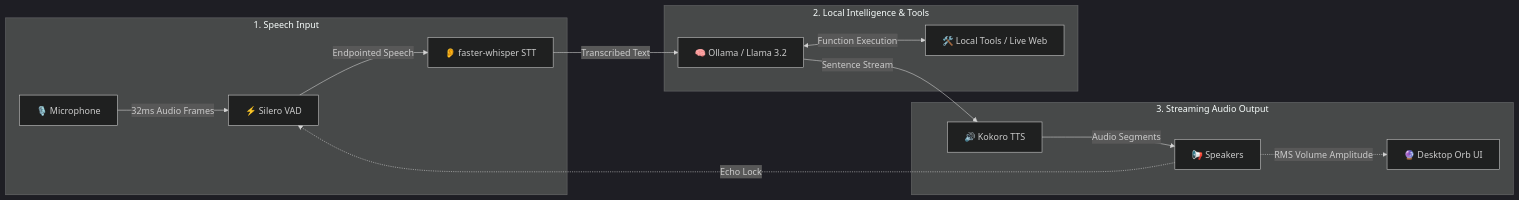
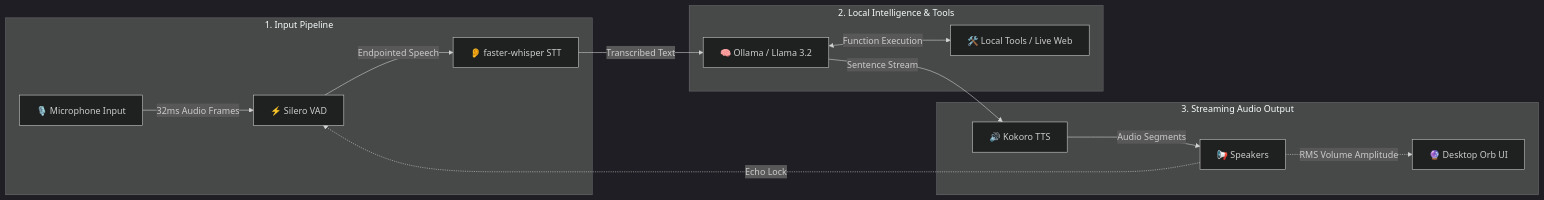
One commit to saikrishnaallam/jarvis_ai changed the diagram in README.md. Above: the diagram before and after it, drawn with Mermaid (dark theme). The commit also changed other lines of this file, not shown here.

````diff
--- a/README.md
+++ b/README.md
@@ -101,19 +19,19 @@
 ```mermaid
 flowchart LR
-    subgraph Input ["1. Speech Input"]
-        A[🎙️ Microphone] -->|32ms Audio Frames| B[⚡ Silero VAD]
+    subgraph Input ["1. Input Pipeline"]
+        A[🎙️ Microphone Input] -->|32ms Audio Frames| B[⚡ Silero VAD]
         B -->|Endpointed Speech| C[👂 faster-whisper STT]
     end
 
     subgraph Intelligence ["2. Local Intelligence & Tools"]
         C -->|Transcribed Text| D[🧠 Ollama / Llama 3.2]
         D <-->|Function Execution| E[🛠️ Local Tools / Live Web]
     end
 
     subgraph Output ["3. Streaming Audio Output"]
         D -->|Sentence Stream| F[🔊 Kokoro TTS]
         F -->|Audio Segments| G[📢 Speakers]
         G -.->|RMS Volume Amplitude| H[🔮 Desktop Orb UI]
         G -.->|Echo Lock| B
     end
 ```
````
